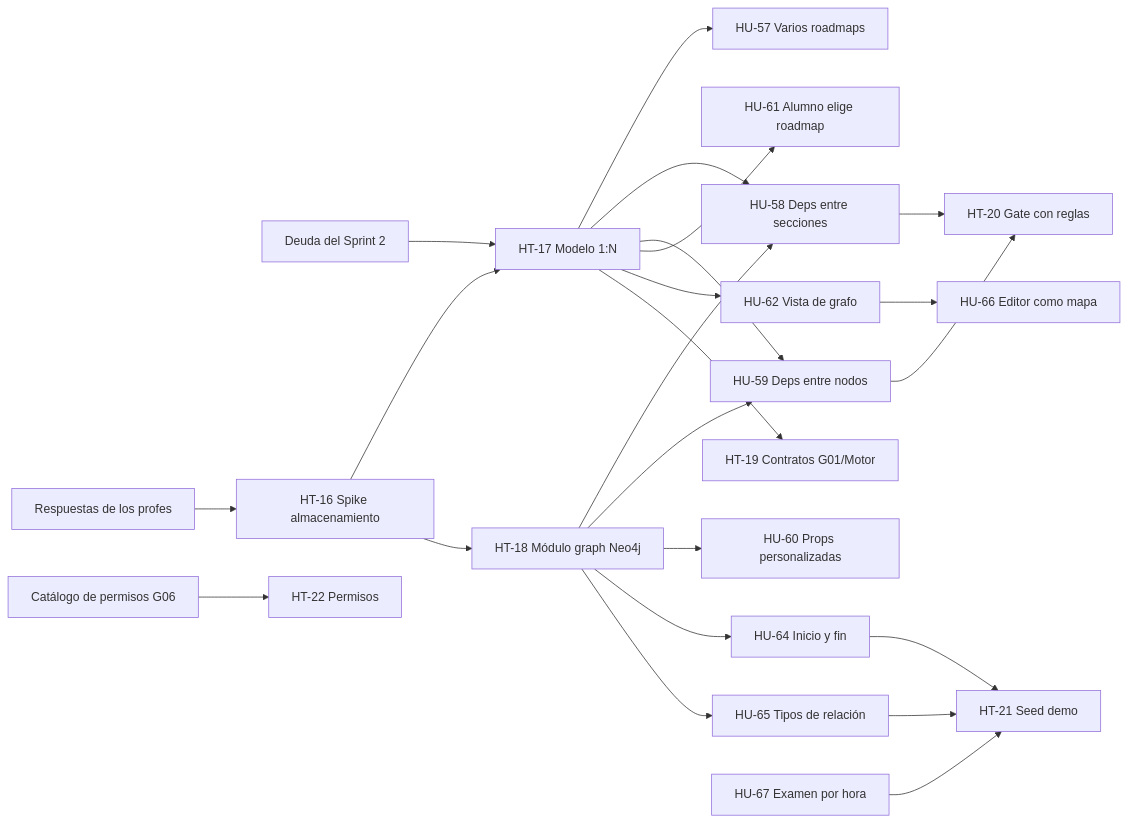
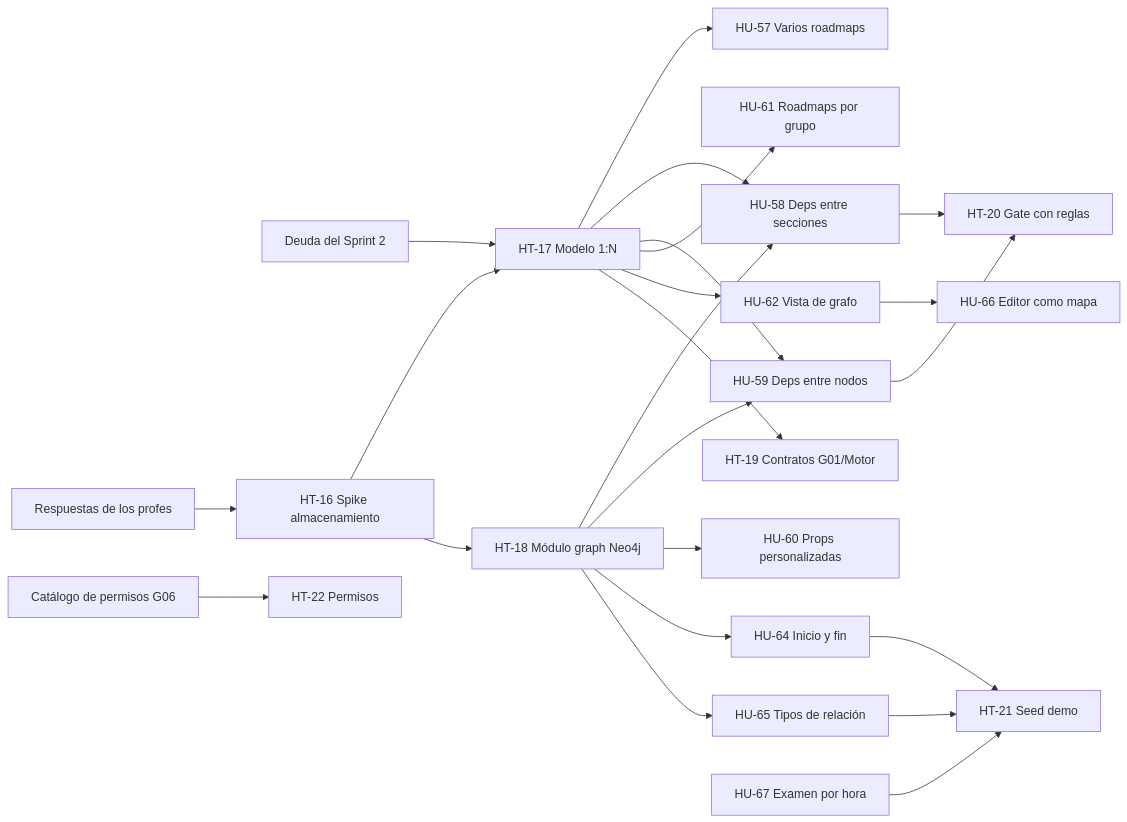
One commit to BenjaminPolzoni/tpi-g10-cerebro changed the diagram in sprints/sprint-3/06-backlog-sprint-3.md. Above: the diagram before and after it, drawn with Mermaid. The commit also changed other lines of this file and 4 other files, not shown here.

Commit message:
sprint-3: HU-61 pasa a roadmaps por grupo del curso y restricciones de visualización

````diff
--- a/sprints/sprint-3/06-backlog-sprint-3.md
+++ b/sprints/sprint-3/06-backlog-sprint-3.md
@@ -92,25 +92,25 @@
 ```mermaid
 flowchart LR
   B0[Deuda del Sprint 2] --> HT2
   Q[Respuestas de los profes] --> SP1[HT-16 Spike almacenamiento]
   SP1 --> HT2[HT-17 Modelo 1:N]
   SP1 --> HT3[HT-18 Módulo graph Neo4j]
   HT2 --> H4[HU-57 Varios roadmaps]
   HT2 --> H5[HU-58 Deps entre secciones]
   HT3 --> H5
   HT2 --> H6[HU-59 Deps entre nodos]
   HT3 --> H6
   HT3 --> H7[HU-60 Props personalizadas]
-  HT2 --> H8[HU-61 Alumno elige roadmap]
+  HT2 --> H8[HU-61 Roadmaps por grupo]
   HT2 --> H9[HU-62 Vista de grafo]
   HT2 --> HT11[HT-19 Contratos G01/Motor]
   H5 --> HT12[HT-20 Gate con reglas]
   H6 --> HT12
   HT3 --> HU-64[HU-64 Inicio y fin]
   HT3 --> HU-65[HU-65 Tipos de relación]
   H9 --> HU-66[HU-66 Editor como mapa]
   HU-64 --> HT-21[HT-21 Seed demo]
   HU-65 --> HT-21
   HU-67[HU-67 Examen por hora] --> HT-21
   G06[Catálogo de permisos G06] --> HT-22[HT-22 Permisos]
 ```
````
